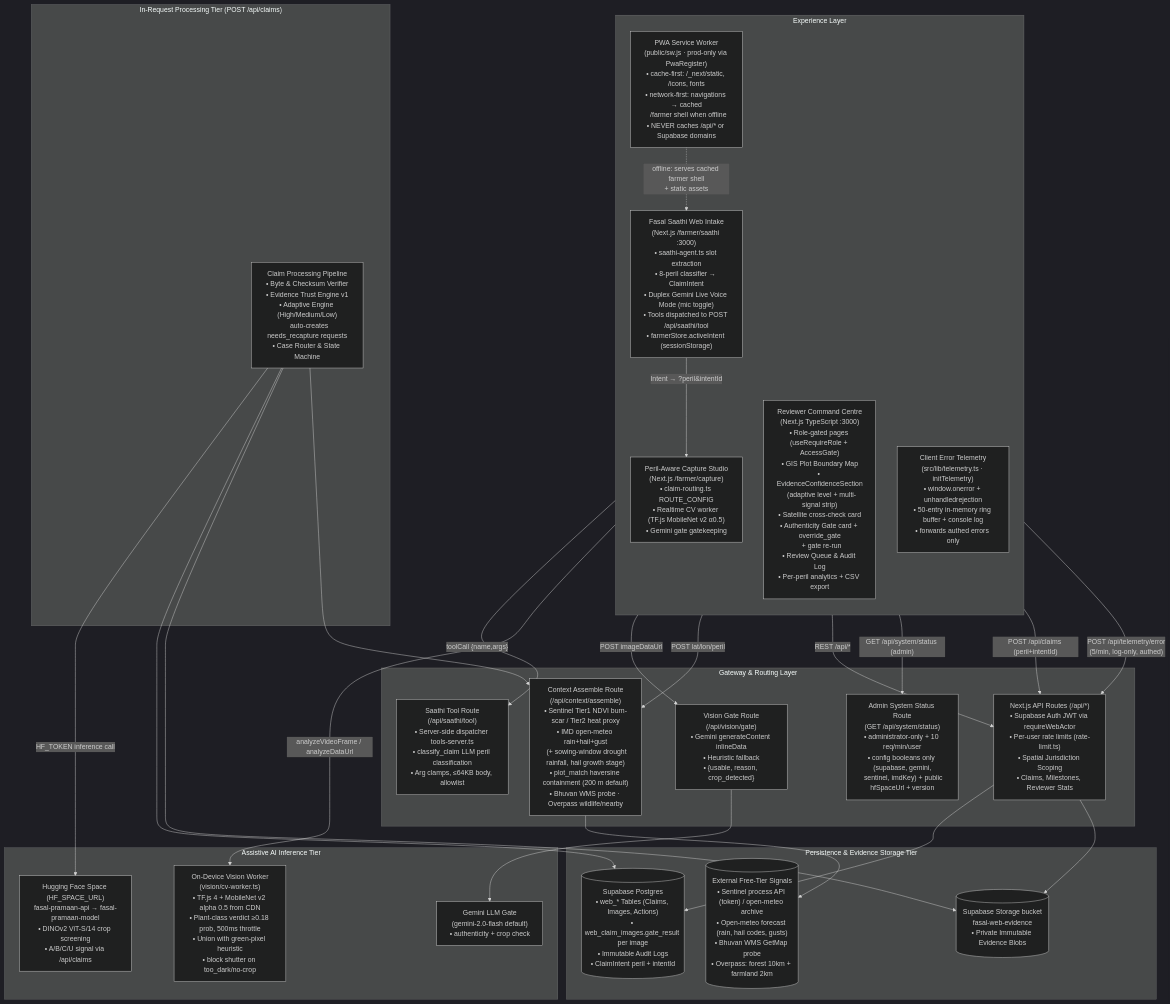
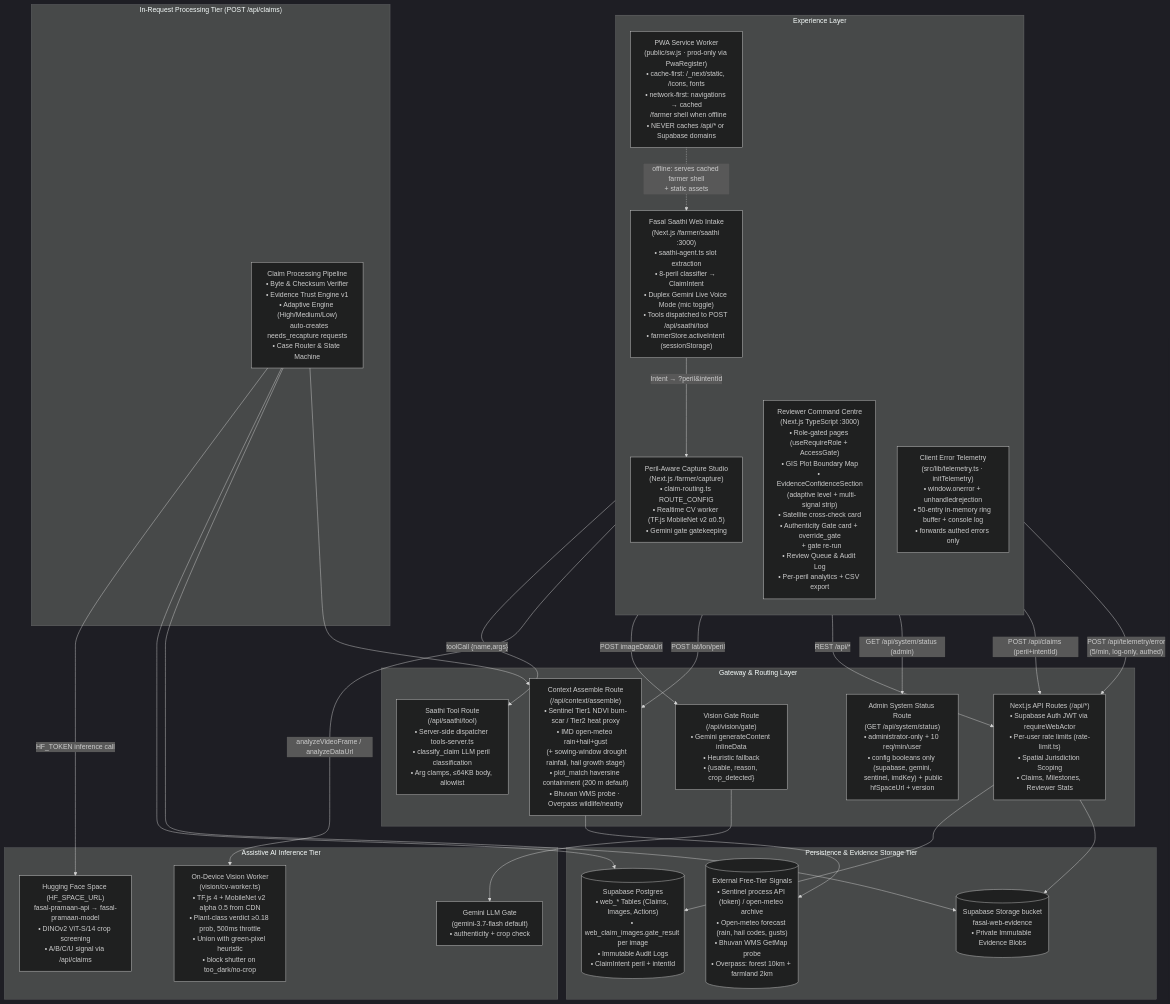
Before and after one commit to dhrrishitvdeka/Fasal-Pramaan: the first of 4 diagrams in docs/architecture.md, drawn with Mermaid (dark theme). The commit also changed 7 other files, not shown here.

Commit message:
fix(gemini): upgrade Live model to 3.1 Flash, Vision model to 3.7 Flash, and fix duplex context frame protocol

````diff
--- a/docs/architecture.md
+++ b/docs/architecture.md
@@ -9,55 +9,55 @@
 ```mermaid
 flowchart TB
   subgraph ExperienceLayer["Experience Layer"]
     direction TB
     SaathiWeb["Fasal Saathi Web Intake\n(Next.js /farmer/saathi :3000)\n• saathi-agent.ts slot extraction\n• 8-peril classifier → ClaimIntent\n• Duplex Gemini Live Voice Mode (mic toggle)\n• Tools dispatched to POST /api/saathi/tool\n• farmerStore.activeIntent (sessionStorage)"]
     CaptureWeb["Peril-Aware Capture Studio\n(Next.js /farmer/capture)\n• claim-routing.ts ROUTE_CONFIG\n• Realtime CV worker (TF.js MobileNet v2 α0.5)\n• Gemini gate gatekeeping"]
     Dashboard["Reviewer Command Centre\n(Next.js TypeScript :3000)\n• Role-gated pages (useRequireRole + AccessGate)\n• GIS Plot Boundary Map\n• EvidenceConfidenceSection\n  (adaptive level + multi-signal strip)\n• Satellite cross-check card\n• Authenticity Gate card + override_gate\n  + gate re-run\n• Review Queue & Audit Log\n• Per-peril analytics + CSV export"]
     TelemetryPath["Client Error Telemetry\n(src/lib/telemetry.ts · initTelemetry)\n• window.onerror + unhandledrejection\n• 50-entry in-memory ring buffer + console log\n• forwards authed errors only"]
     PwaShell["PWA Service Worker\n(public/sw.js · prod-only via PwaRegister)\n• cache-first: /_next/static, /icons, fonts\n• network-first: navigations → cached\n  /farmer shell when offline\n• NEVER caches /api/* or Supabase domains"]
   end
 
   subgraph GatewayLayer["Gateway & Routing Layer"]
     API["Next.js API Routes (/api/*)\n• Supabase Auth JWT via requireWebActor\n• Per-user rate limits (rate-limit.ts)\n• Spatial Jurisdiction Scoping\n• Claims, Milestones, Reviewer Stats"]
     VisionGate["Vision Gate Route\n(/api/vision/gate)\n• Gemini generateContent inlineData\n• Heuristic fallback\n• {usable, reason, crop_detected}"]
     SaathiTool["Saathi Tool Route\n(/api/saathi/tool)\n• Server-side dispatcher tools-server.ts\n• classify_claim LLM peril classification\n• Arg clamps, ≤64KB body, allowlist"]
     ContextAssemble["Context Assemble Route\n(/api/context/assemble)\n• Sentinel Tier1 NDVI burn-scar / Tier2 heat proxy\n• IMD open-meteo rain+hail+gust\n  (+ sowing-window drought rainfall, hail growth stage)\n• plot_match haversine containment (200 m default)\n• Bhuvan WMS probe · Overpass wildlife/nearby"]
     SystemStatus["Admin System Status Route\n(GET /api/system/status)\n• administrator-only + 10 req/min/user\n• config booleans only (supabase, gemini,\n  sentinel, imdKey) + public hfSpaceUrl + version"]
   end
 
   subgraph InRequestProcessing["In-Request Processing Tier (POST /api/claims)"]
     Pipeline["Claim Processing Pipeline\n• Byte & Checksum Verifier\n• Evidence Trust Engine v1\n• Adaptive Engine (High/Medium/Low)\n   auto-creates needs_recapture requests\n• Case Router & State Machine"]
   end
 
   subgraph AIServiceTier["Assistive AI Inference Tier"]
     HF["Hugging Face Space (HF_SPACE_URL)\nfasal-pramaan-api → fasal-pramaan-model\n• DINOv2 ViT-S/14 crop screening\n• A/B/C/U signal via /api/claims"]
     OnDeviceCV["On-Device Vision Worker\n(vision/cv-worker.ts)\n• TF.js 4 + MobileNet v2 alpha 0.5 from CDN\n• Plant-class verdict ≥0.18 prob, 500ms throttle\n• Union with green-pixel heuristic\n• block shutter on too_dark/no-crop"]
-    GeminiLLM["Gemini LLM Gate\n(gemini-2.0-flash default)\n• authenticity + crop check"]
+    GeminiLLM["Gemini LLM Gate\n(gemini-3.7-flash default)\n• authenticity + crop check"]
   end
 
   subgraph StorageTier["Persistence & Evidence Storage Tier"]
     Postgres[("Supabase Postgres\n• web_* Tables (Claims, Images, Actions)\n• web_claim_images.gate_result per image\n• Immutable Audit Logs\n• ClaimIntent peril + intentId")]
     Storage[("Supabase Storage bucket\nfasal-web-evidence\n• Private Immutable Evidence Blobs")]
     ExternalSignals[("External Free-Tier Signals\n• Sentinel process API (token) / open-meteo archive\n• Open-meteo forecast (rain, hail codes, gusts)\n• Bhuvan WMS GetMap probe\n• Overpass: forest 10km + farmland 2km")]
   end
 
   SaathiWeb -->|"Intent → ?peril&intentId"| CaptureWeb
   SaathiWeb -->|"toolCall {name,args}"| SaathiTool
   CaptureWeb -->|"analyzeVideoFrame / analyzeDataUrl"| OnDeviceCV
   CaptureWeb -->|"POST imageDataUrl"| VisionGate
   VisionGate --> GeminiLLM
   CaptureWeb -->|"POST lat/lon/peril"| ContextAssemble
   ContextAssemble --> ExternalSignals
   Dashboard -->|"REST /api/*"| API
   Dashboard -->|"GET /api/system/status (admin)"| SystemStatus
   CaptureWeb -->|"POST /api/claims (peril+intentId)"| API
   PwaShell -.->|"offline: serves cached farmer shell\n+ static assets"| SaathiWeb
   TelemetryPath -->|"POST /api/telemetry/error\n(5/min, log-only, authed)"| API
 
   API --> Postgres
   API --> Storage
   Pipeline -->|"HF_TOKEN inference call"| HF
   Pipeline --> Postgres
   Pipeline --> Storage
   Pipeline --> ContextAssemble
 ```
````
